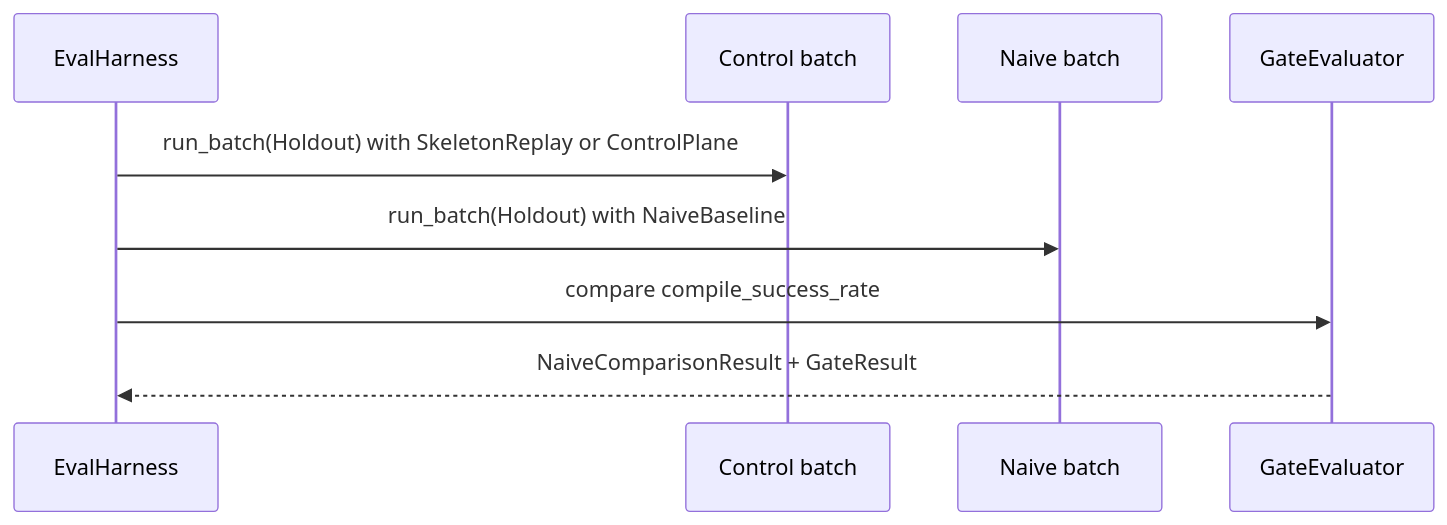
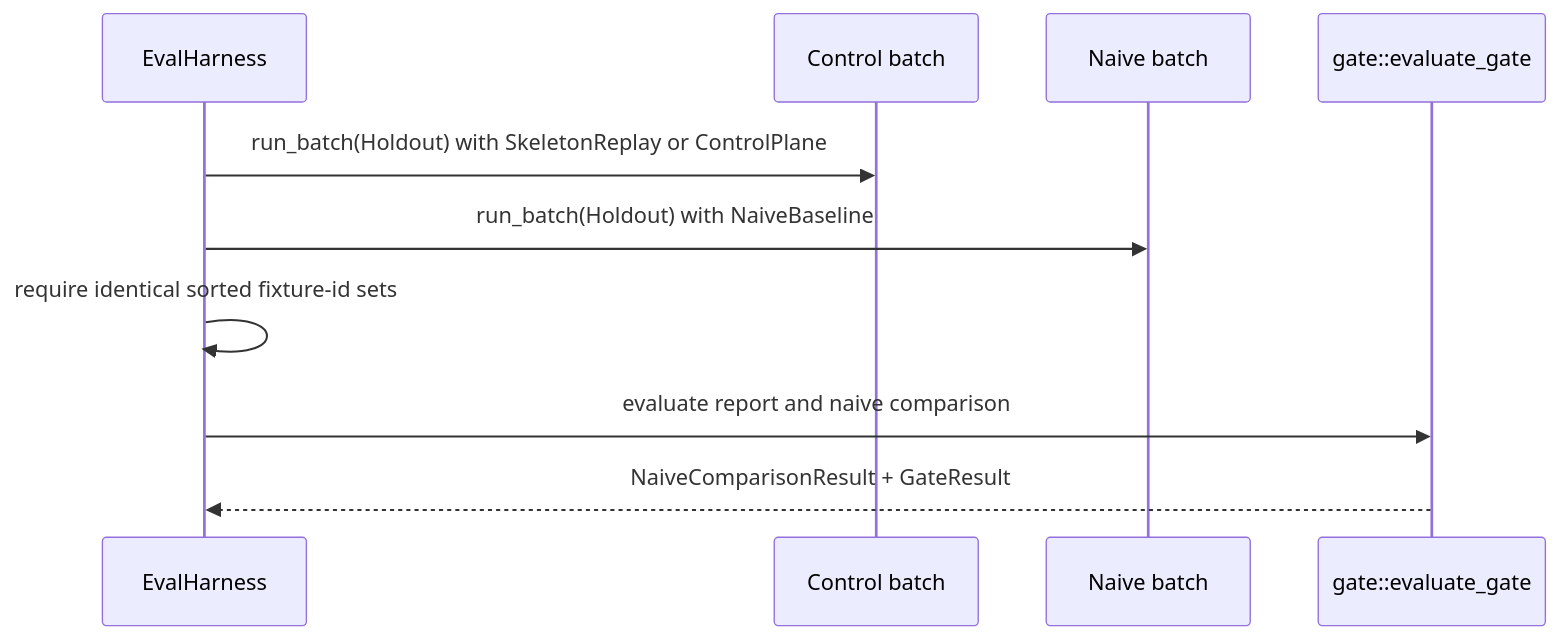
Before and after one commit to arkadianet/Alloy: the second of 2 diagrams in docs/rfcs/RFC-0016-eval-harness-holdout-gates.md, drawn with Mermaid. The commit also changed other lines of this file, not shown here.

````diff
--- a/docs/rfcs/RFC-0016-eval-harness-holdout-gates.md
+++ b/docs/rfcs/RFC-0016-eval-harness-holdout-gates.md
@@ -1115,11 +1698,12 @@
 ```mermaid
 sequenceDiagram
   participant H as EvalHarness
   participant C as Control batch
   participant N as Naive batch
-  participant G as GateEvaluator
+  participant G as gate::evaluate_gate
   H->>C: run_batch(Holdout) with SkeletonReplay or ControlPlane
   H->>N: run_batch(Holdout) with NaiveBaseline
-  H->>G: compare compile_success_rate
+  H->>H: require identical sorted fixture-id sets
+  H->>G: evaluate report and naive comparison
   G-->>H: NaiveComparisonResult + GateResult
 ```
````
